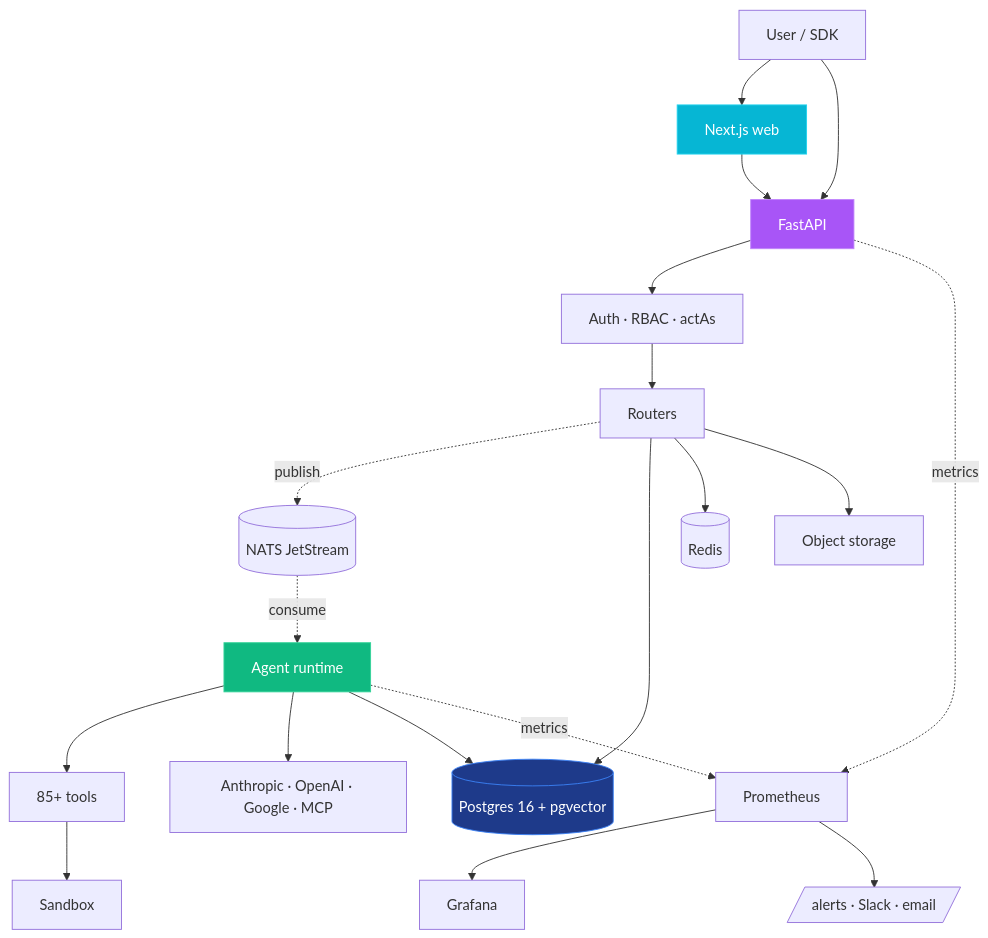
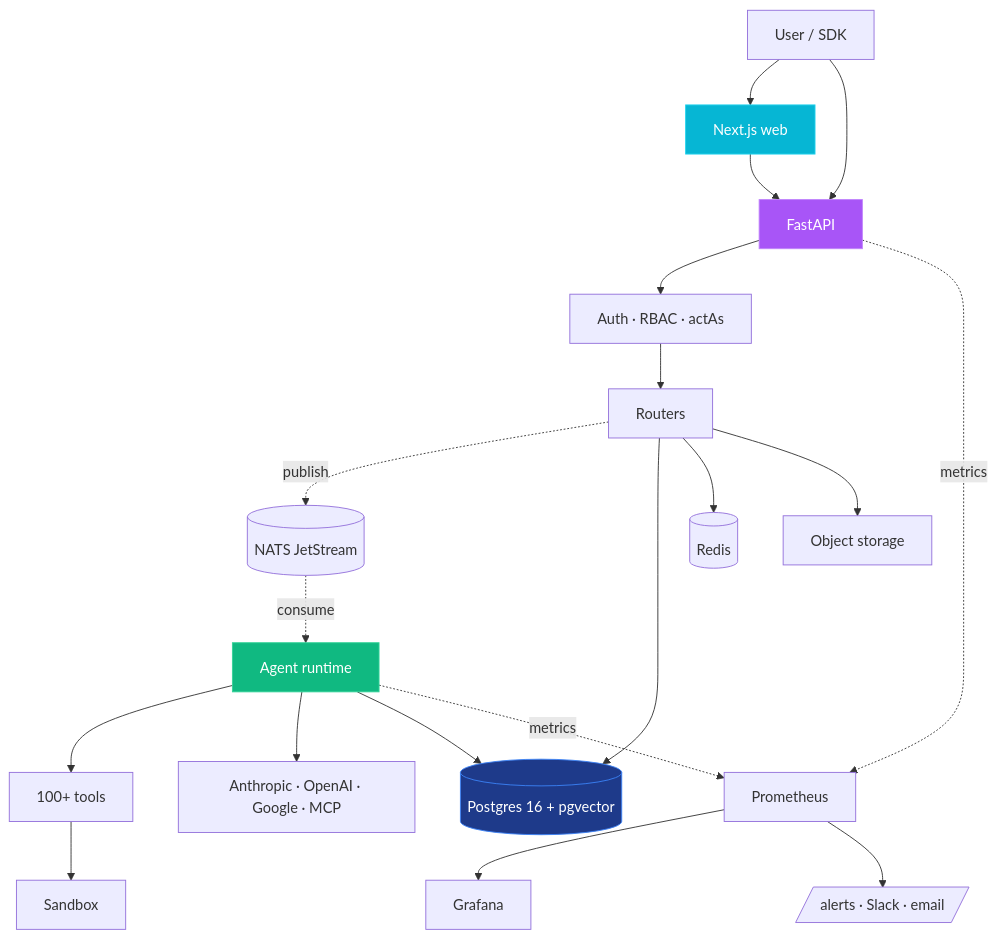
Before and after one commit to sarkar4777/abenix: the fourth of 4 diagrams in README.md, drawn with Mermaid. The commit also changed other lines of this file and 114 other files, not shown here.

````diff
--- a/README.md
+++ b/README.md
@@ -426,23 +519,23 @@
 ```mermaid
 flowchart TB
     USER[User / SDK] --> NEXT[Next.js web]
     USER --> FAPI[FastAPI]
     NEXT --> FAPI
     FAPI --> AUTH[Auth · RBAC · actAs] --> ROUT[Routers]
     ROUT -.publish.-> NATS[(NATS JetStream)]
     NATS -.consume.-> EXEC[Agent runtime]
-    EXEC --> TOOLS[85+ tools] --> SAND[Sandbox]
+    EXEC --> TOOLS[100+ tools] --> SAND[Sandbox]
     EXEC --> LLM[Anthropic · OpenAI · Google · MCP]
     ROUT --> PG[(Postgres 16 + pgvector)]
     ROUT --> REDIS[(Redis)]
     ROUT --> STOR[Object storage]
     EXEC --> PG
     FAPI -.metrics.-> PROM[Prometheus] --> GRAF[Grafana]
     EXEC -.metrics.-> PROM
     PROM --> ALERT[/alerts · Slack · email/]
 
     style NEXT fill:#06b6d4,stroke:#22d3ee,color:#fff
     style FAPI fill:#a855f7,stroke:#c084fc,color:#fff
     style EXEC fill:#10b981,stroke:#34d399,color:#fff
     style PG fill:#1e3a8a,stroke:#3b82f6,color:#fff
 ```
````
